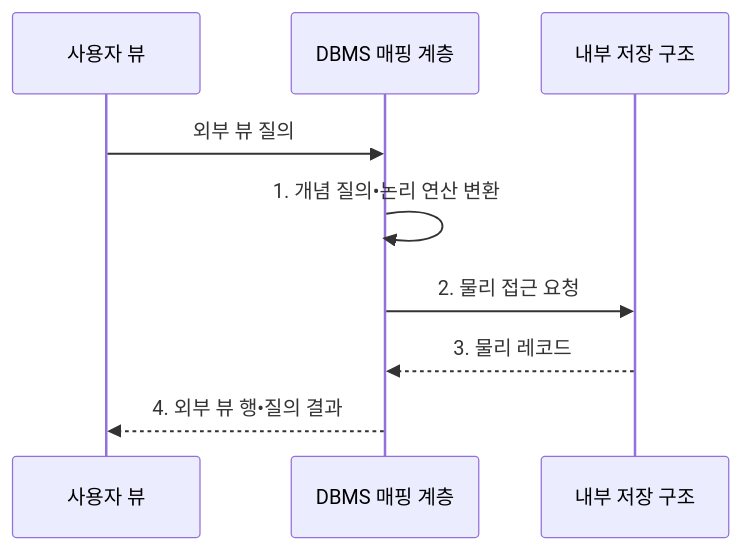
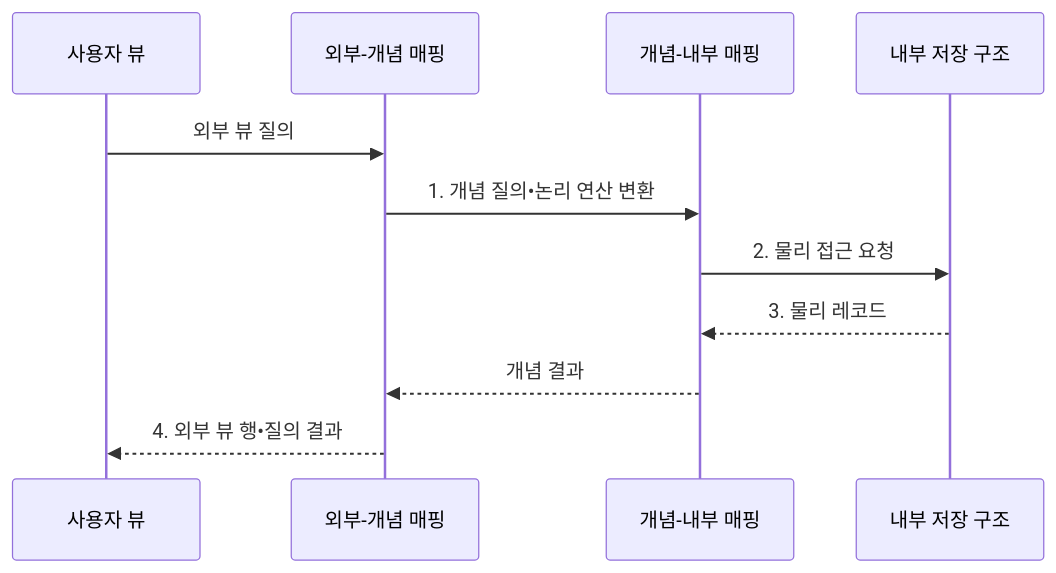
The second of 2 diagrams in src/content/docs/notes/03-software/112_three_level_schema.md (agnusdei1207/knowledge-base), drawn with Mermaid before and after one commit. The commit also changed other lines of this file and 13 other files, not shown here.

````diff
--- a/src/content/docs/notes/03-software/112_three_level_schema.md
+++ b/src/content/docs/notes/03-software/112_three_level_schema.md
@@ -106,11 +106,13 @@
 ```mermaid
 sequenceDiagram
     participant U as 사용자 뷰
-    participant D as DBMS 매핑 계층
+    participant E as 외부-개념 매핑
+    participant D as 개념-내부 매핑
     participant S as 내부 저장 구조
-    U->>D: 외부 뷰 질의
-    D->>D: 1. 개념 질의•논리 연산 변환
+    U->>E: 외부 뷰 질의
+    E->>D: 1. 개념 질의•논리 연산 변환
     D->>S: 2. 물리 접근 요청
     S-->>D: 3. 물리 레코드
-    D-->>U: 4. 외부 뷰 행•질의 결과
+    D-->>E: 개념 결과
+    E-->>U: 4. 외부 뷰 행•질의 결과
 ```
````
